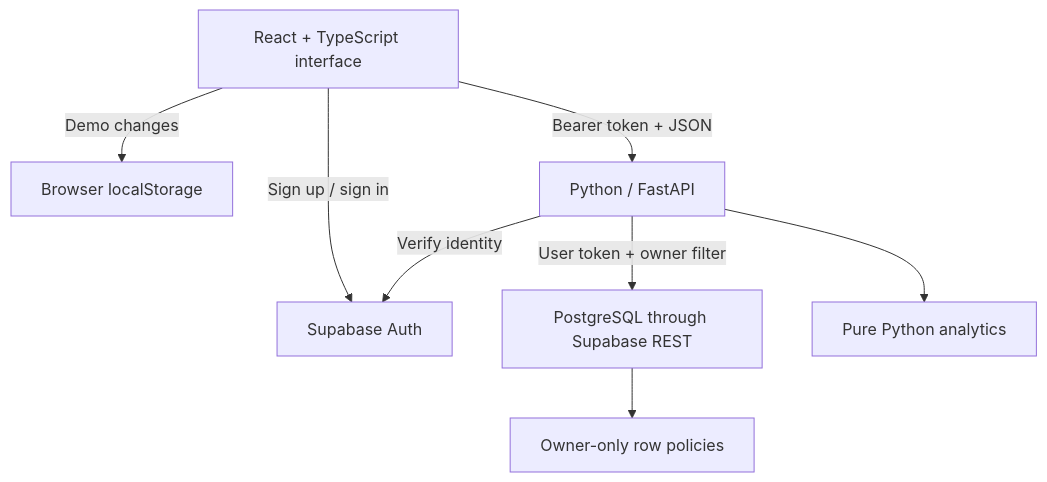
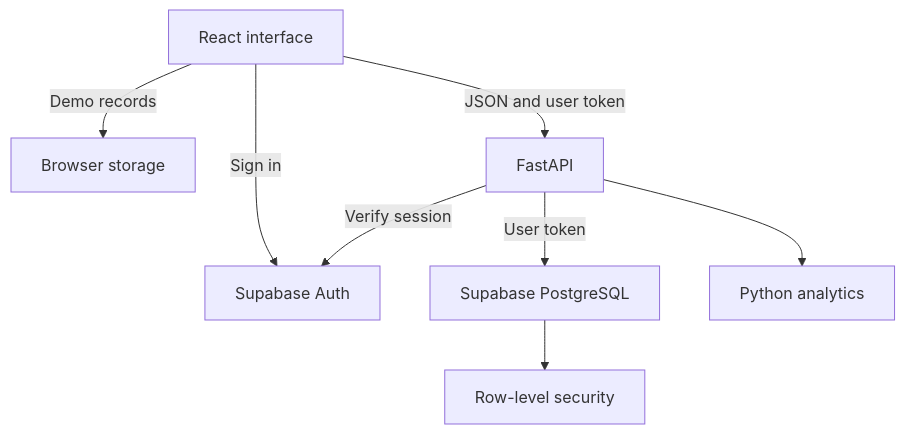
Before and after one commit to Nero2305/Launchpad: the diagram in README.md, drawn with Mermaid. The commit also changed other lines of this file, not shown here.

````diff
--- a/README.md
+++ b/README.md
@@ -145,10 +83,10 @@
 ```mermaid
 flowchart TD
-    UI["React + TypeScript interface"] -->|"Demo changes"| LOCAL["Browser localStorage"]
-    UI -->|"Sign up / sign in"| AUTH["Supabase Auth"]
-    UI -->|"Bearer token + JSON"| API["Python / FastAPI"]
-    API -->|"Verify identity"| AUTH
-    API -->|"User token + owner filter"| DB["PostgreSQL through Supabase REST"]
-    API --> METRICS["Pure Python analytics"]
-    DB --> RLS["Owner-only row policies"]
+    UI["React interface"] -->|"Demo records"| LOCAL["Browser storage"]
+    UI -->|"Sign in"| AUTH["Supabase Auth"]
+    UI -->|"JSON and user token"| API["FastAPI"]
+    API -->|"Verify session"| AUTH
+    API -->|"User token"| DB["Supabase PostgreSQL"]
+    API --> METRICS["Python analytics"]
+    DB --> RLS["Row-level security"]
 ```
````
